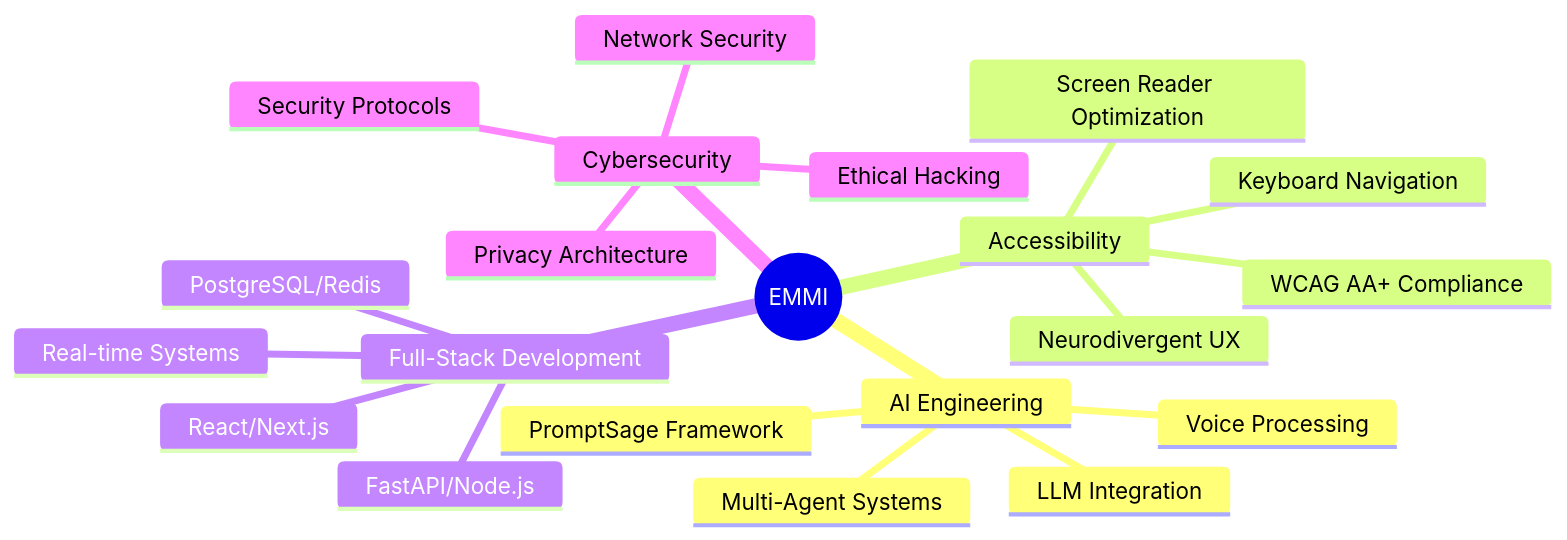
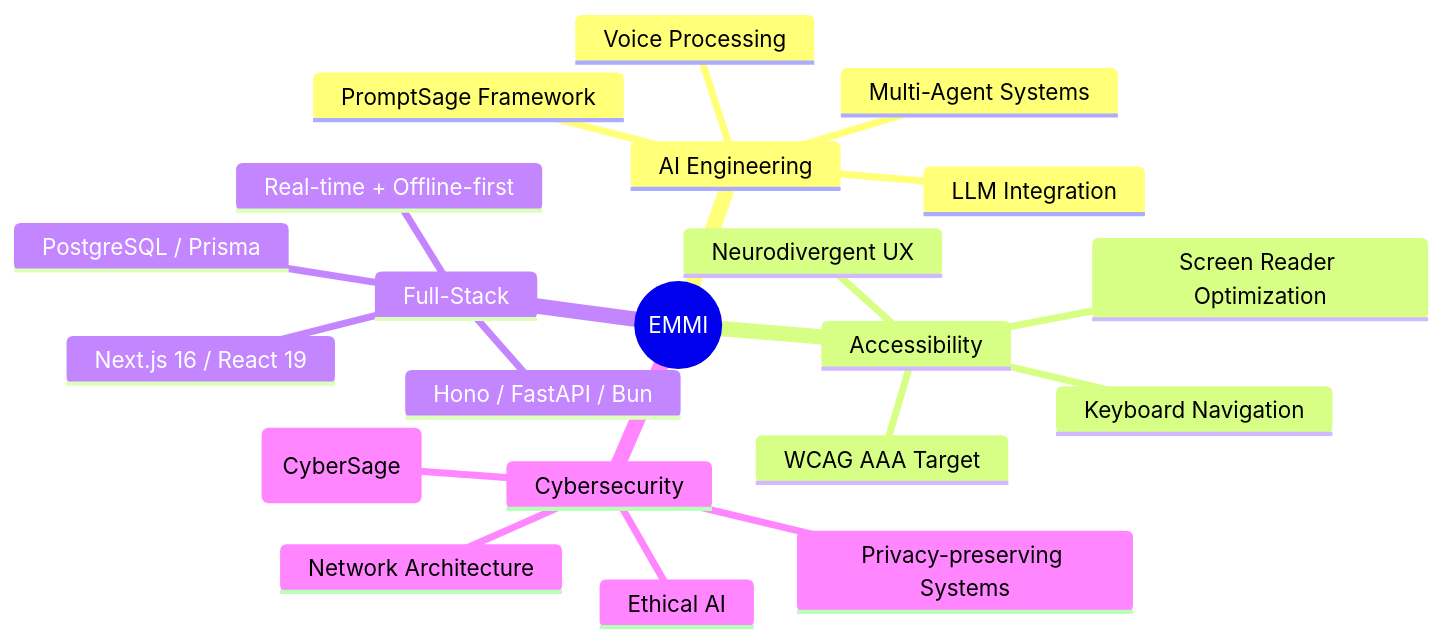
One commit to EmminiX/EmminiX changed the diagram in README.md. Above: the diagram before and after it, drawn with Mermaid. The commit also changed other lines of this file and 1 other file, not shown here.

````diff
--- a/README.md
+++ b/README.md
@@ -165,24 +191,24 @@
 ```mermaid
 mindmap
   root((EMMI))
     AI Engineering
       Multi-Agent Systems
       PromptSage Framework
       LLM Integration
       Voice Processing
     Accessibility
-      WCAG AA+ Compliance
+      WCAG AAA Target
       Neurodivergent UX
       Screen Reader Optimization
       Keyboard Navigation
-    Full-Stack Development
-      React/Next.js
-      FastAPI/Node.js
-      PostgreSQL/Redis
-      Real-time Systems
+    Full-Stack
+      Next.js 16 / React 19
+      Hono / FastAPI / Bun
+      PostgreSQL / Prisma
+      Real-time + Offline-first
     Cybersecurity
-      Network Security
-      Ethical Hacking
-      Security Protocols
-      Privacy Architecture
+      Offensive Security (CyberSage)
+      Network Architecture
+      Privacy-preserving Systems
+      Ethical AI
 ```
````
